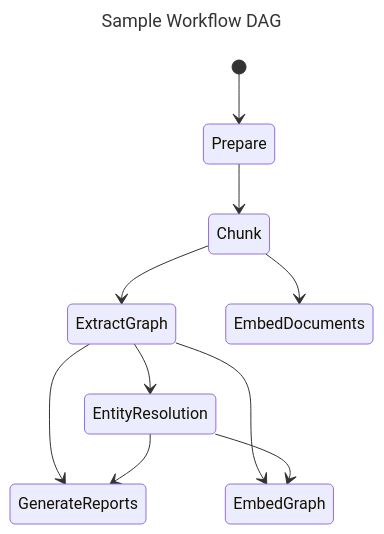
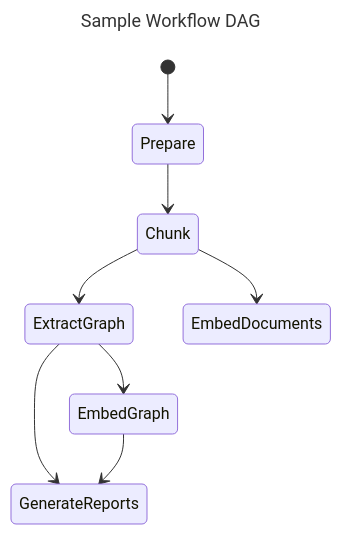
The second of 2 diagrams in docsite/posts/index/0-architecture.md (microsoft/graphrag), drawn with Mermaid before and after one commit. The commit also changed 5 other files, not shown here.

Commit message:
Remove outdated references to entity resolution

````diff
--- a/docsite/posts/index/0-architecture.md
+++ b/docsite/posts/index/0-architecture.md
@@ -45,15 +45,13 @@
 ```mermaid
 ---
 title: Sample Workflow DAG
 ---
 stateDiagram-v2
     [*] --> Prepare
     Prepare --> Chunk
     Chunk --> ExtractGraph
     Chunk --> EmbedDocuments
     ExtractGraph --> GenerateReports
     ExtractGraph --> EmbedGraph
-    EntityResolution --> EmbedGraph
-    EntityResolution --> GenerateReports
-    ExtractGraph --> EntityResolution
+    EmbedGraph --> GenerateReports
 ```
````
